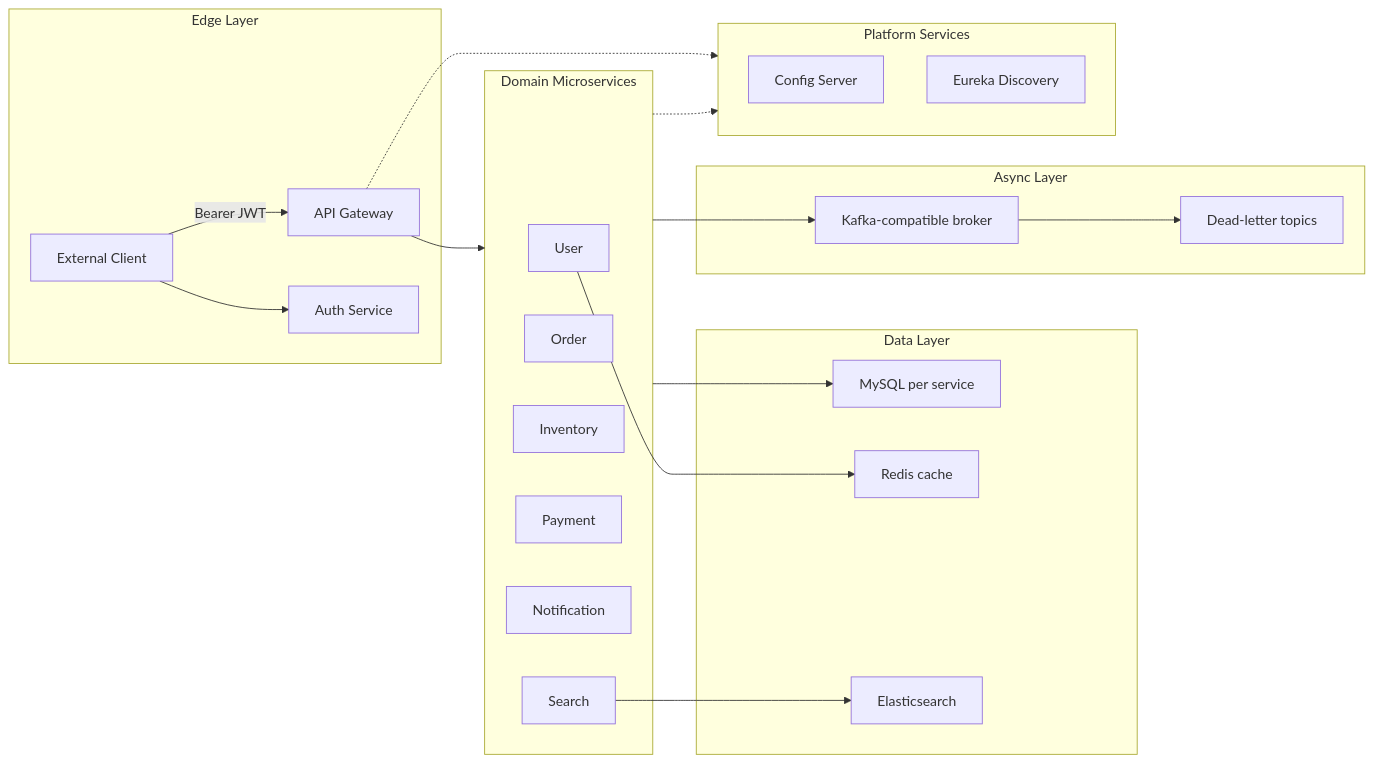
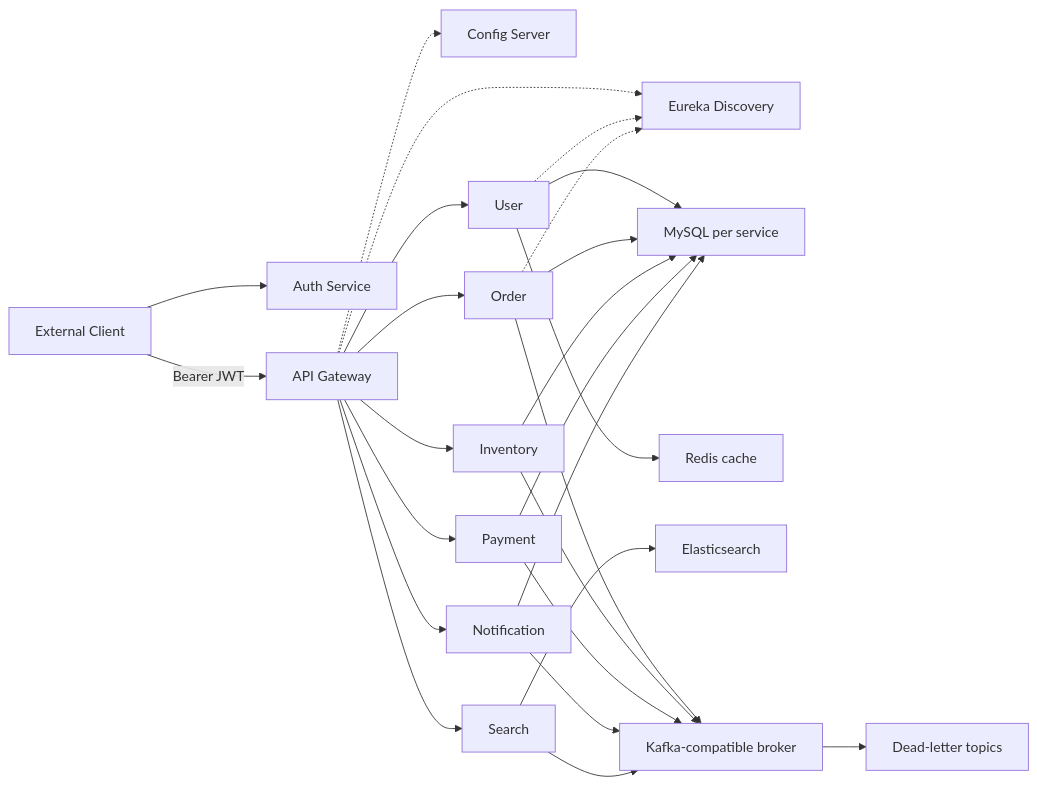
Before and after one commit to pramod4it/camp: the second of 14 diagrams in README.md, drawn with Mermaid. The commit also changed other lines of this file, not shown here.

Commit message:
Simplify README deployment Mermaid diagrams

````diff
--- a/README.md
+++ b/README.md
@@ -92,44 +89,45 @@
 ```mermaid
 flowchart LR
-    subgraph Edge["Edge Layer"]
-        Client["External Client"]
-        Gateway["API Gateway"]
-        Auth["Auth Service"]
-    end
-
-    subgraph Platform["Platform Services"]
-        Config["Config Server"]
-        Eureka["Eureka Discovery"]
-    end
-
-    subgraph Domain["Domain Microservices"]
-        User["User"]
-        Order["Order"]
-        Inventory["Inventory"]
-        Payment["Payment"]
-        Notification["Notification"]
-        Search["Search"]
-    end
-
-    subgraph Data["Data Layer"]
-        MySQL["MySQL per service"]
-        Redis["Redis cache"]
-        ES["Elasticsearch"]
-    end
-
-    subgraph Messaging["Async Layer"]
-        Broker["Kafka-compatible broker"]
-        DLT["Dead-letter topics"]
-    end
+    Client["External Client"]
+    Auth["Auth Service"]
+    Gateway["API Gateway"]
+    Config["Config Server"]
+    Eureka["Eureka Discovery"]
+    User["User"]
+    Order["Order"]
+    Inventory["Inventory"]
+    Payment["Payment"]
+    Notification["Notification"]
+    Search["Search"]
+    MySQL["MySQL per service"]
+    Redis["Redis cache"]
+    ES["Elasticsearch"]
+    Broker["Kafka-compatible broker"]
+    DLT["Dead-letter topics"]
 
     Client --> Auth
     Client -->|"Bearer JWT"| Gateway
-    Gateway --> Domain
-    Domain --> MySQL
+    Gateway --> User
+    Gateway --> Order
+    Gateway --> Inventory
+    Gateway --> Payment
+    Gateway --> Notification
+    Gateway --> Search
+    User --> MySQL
+    Order --> MySQL
+    Inventory --> MySQL
+    Payment --> MySQL
+    Notification --> MySQL
     User --> Redis
     Search --> ES
-    Domain --> Broker
+    Order --> Broker
+    Inventory --> Broker
+    Payment --> Broker
+    Notification --> Broker
+    Search --> Broker
     Broker --> DLT
-    Domain -.-> Platform
-    Gateway -.-> Platform
+    Gateway -.-> Eureka
+    Gateway -.-> Config
+    User -.-> Eureka
+    Order -.-> Eureka
 ```
````
